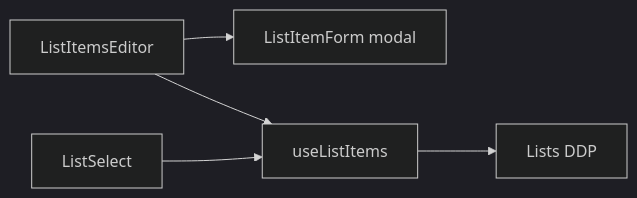
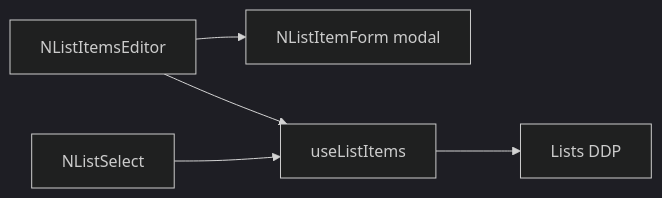
One commit to kasgarally/ik-nexus changed the diagram in .cursor/plans/lists_ui_components_e1205adb.plan.md. Above: the diagram before and after it, drawn with Mermaid (dark theme). The commit also changed other lines of this file and 27 other files, not shown here.

````diff
--- a/.cursor/plans/lists_ui_components_e1205adb.plan.md
+++ b/.cursor/plans/lists_ui_components_e1205adb.plan.md
@@ -49,12 +49,12 @@
 ```mermaid
 flowchart LR
-  editor[ListItemsEditor]
-  form[ListItemForm modal]
-  select[ListSelect]
+  editor[NListItemsEditor]
+  form[NListItemForm modal]
+  select[NListSelect]
   hook[useListItems]
   pkg[Lists DDP]
   editor --> form
   editor --> hook
   select --> hook
   hook --> pkg
 ```
````
